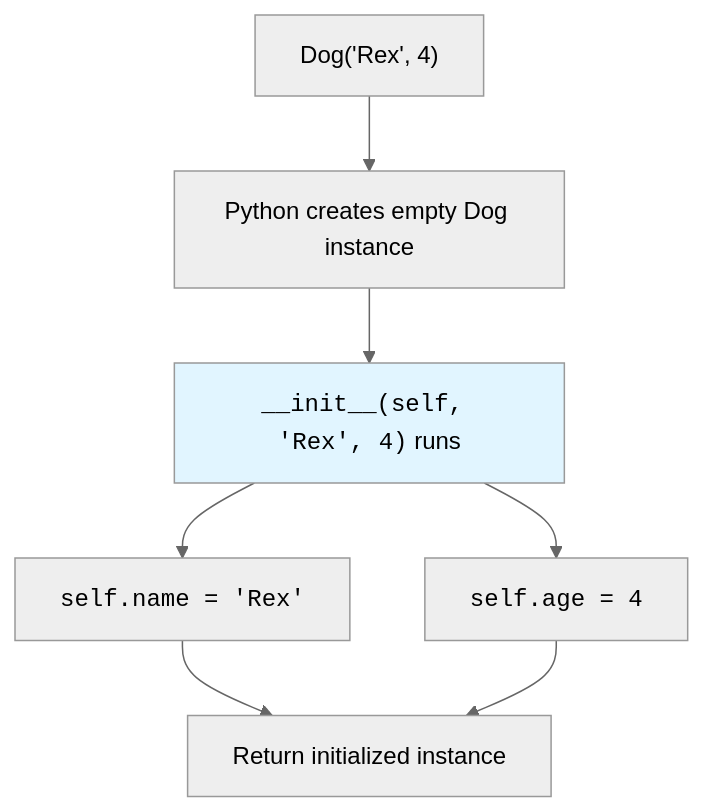
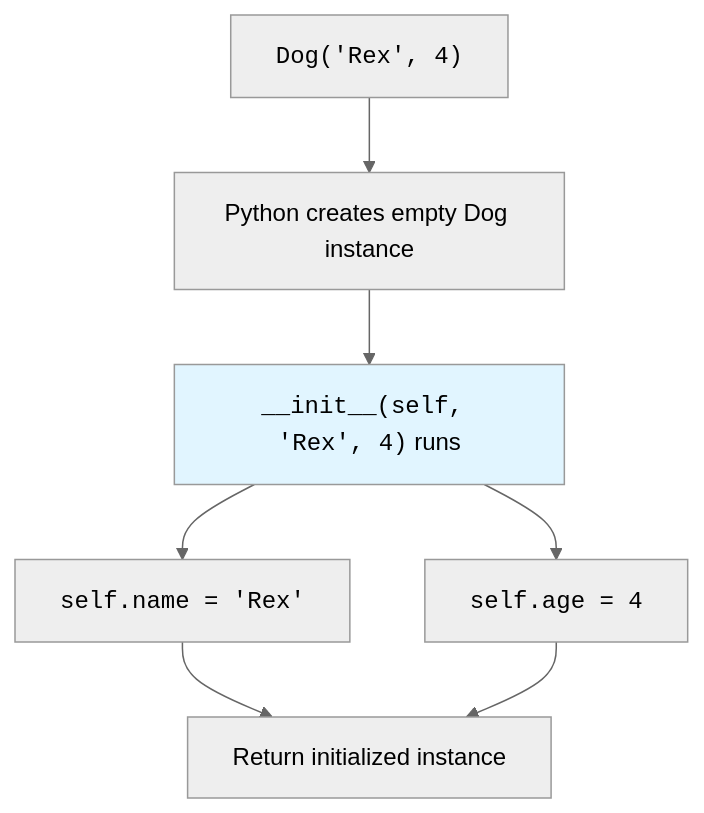
Before and after one commit to dataslope/dataslope: the first of 2 diagrams in content/courses/python-basics/classes.mdx, drawn with Mermaid (neutral theme). The commit also changed 65 other files, not shown here.

First line of the commit message:
Set code in every mermaid label in the mono face

````diff
--- a/content/courses/python-basics/classes.mdx
+++ b/content/courses/python-basics/classes.mdx
@@ -110,10 +110,10 @@
 ```mermaid
 flowchart TD
-    A["Dog('Rex', 4)"] --> B[Python creates empty Dog instance]
+    A["<code>Dog('Rex', 4)</code>"] --> B[Python creates empty Dog instance]
     B --> C["<code>__init__(self, 'Rex', 4)</code> runs"]
     C --> D["<code>self.name = 'Rex'</code>"]
     C --> E["<code>self.age = 4</code>"]
     D --> F[Return initialized instance]
     E --> F
     style C fill:#e1f5ff
 ```
````
